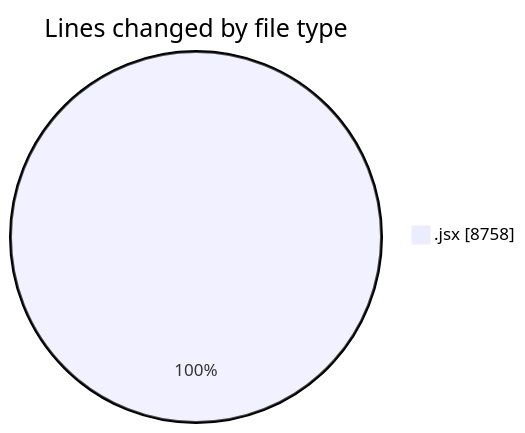
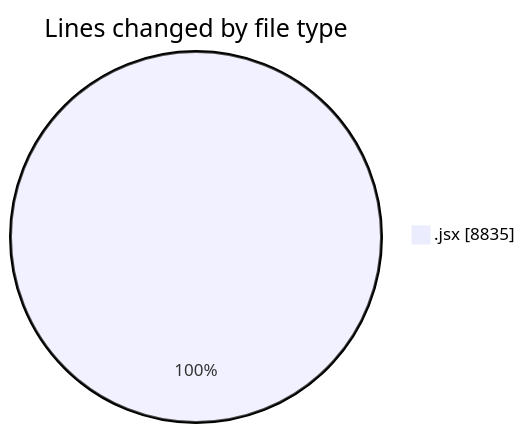
Before and after one commit to nxtqubesakshisongat/code-tracking: the first of 2 diagrams in 2025-05-26/nxtqube_webapp/README.md, drawn with Mermaid. The commit also changed other lines of this file and 1 other file, not shown here.

````diff
--- a/2025-05-26/nxtqube_webapp/README.md
+++ b/2025-05-26/nxtqube_webapp/README.md
@@ -22,5 +22,5 @@
 ```mermaid
 pie showData
 title Lines changed by file type
-".jsx" : 8758
+".jsx" : 8835
 ```
````
